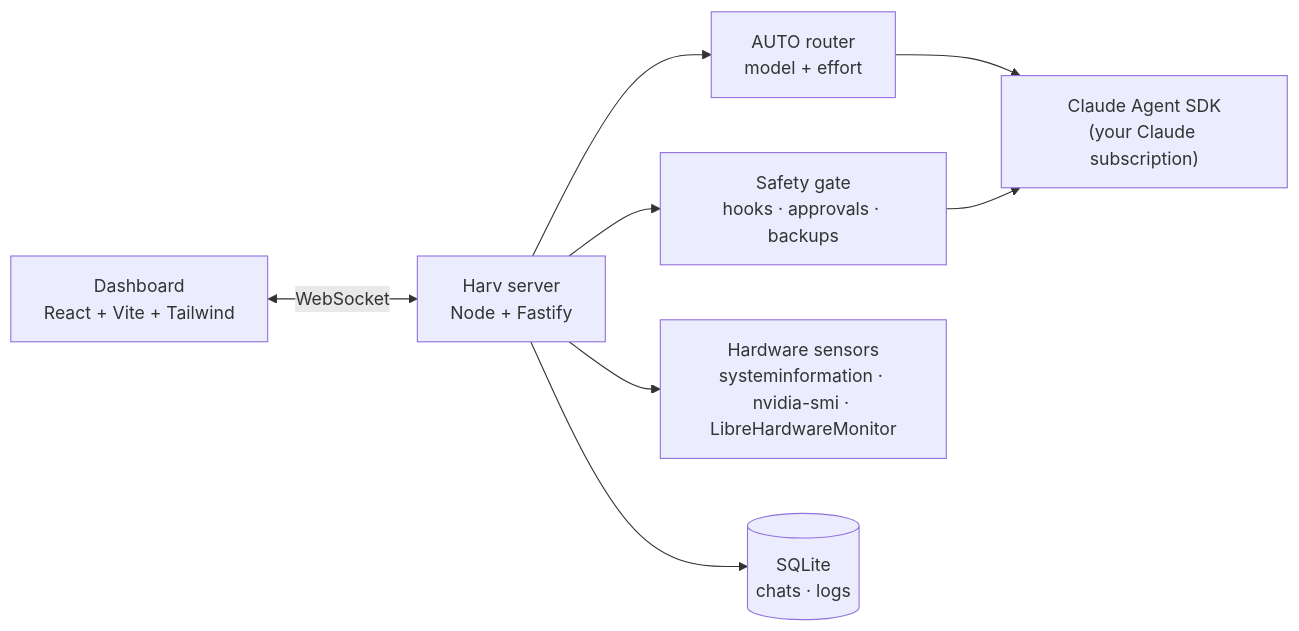
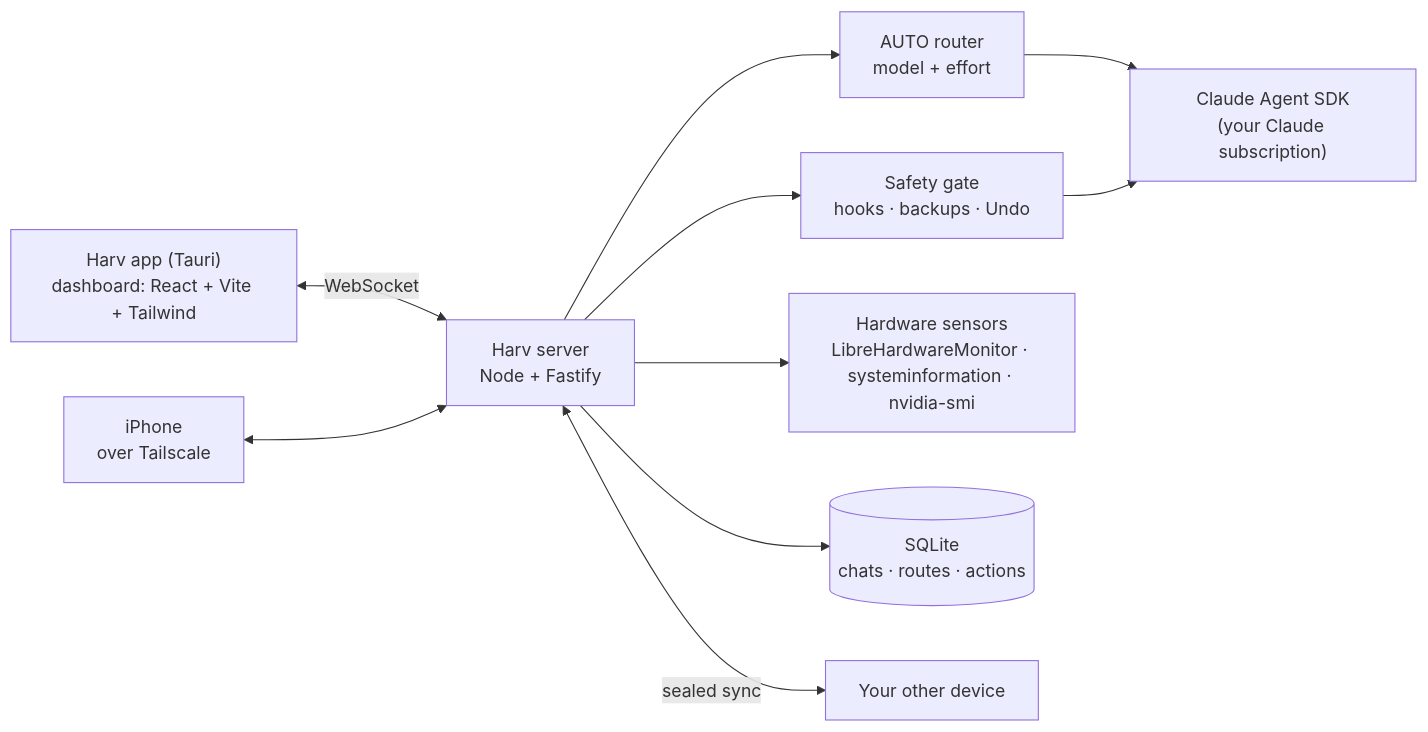
Before and after one commit to mrtngrega/Harv: the diagram in README.md, drawn with Mermaid. The commit also changed other lines of this file and 1 other file, not shown here.

````diff
--- a/README.md
+++ b/README.md
@@ -43,10 +64,12 @@
 ```mermaid
 flowchart LR
-  UI["Dashboard<br/>React + Vite + Tailwind"] <-->|WebSocket| S["Harv server<br/>Node + Fastify"]
+  APP["Harv app (Tauri)<br/>dashboard: React + Vite + Tailwind"] <-->|WebSocket| S["Harv server<br/>Node + Fastify"]
+  PH["iPhone<br/>over Tailscale"] <--> S
   S --> R["AUTO router<br/>model + effort"]
   R --> A["Claude Agent SDK<br/>(your Claude subscription)"]
-  S --> G["Safety gate<br/>hooks · approvals · backups"]
+  S --> G["Safety gate<br/>hooks · backups · Undo"]
   G --> A
-  S --> M["Hardware sensors<br/>systeminformation · nvidia-smi · LibreHardwareMonitor"]
-  S --> D[("SQLite<br/>chats · logs")]
+  S --> M["Hardware sensors<br/>LibreHardwareMonitor · systeminformation · nvidia-smi"]
+  S --> D[("SQLite<br/>chats · routes · actions")]
+  S <-->|sealed sync| O["Your other device"]
 ```
````
